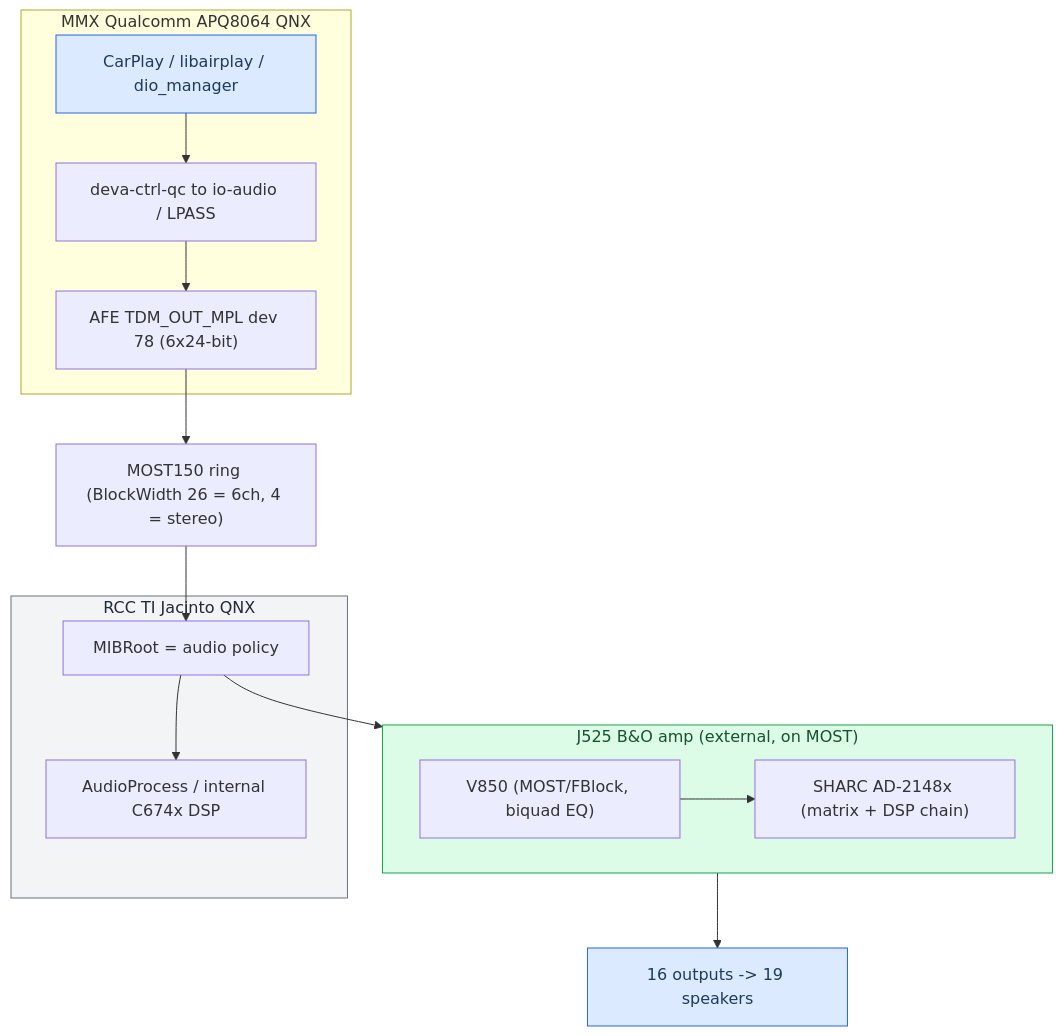
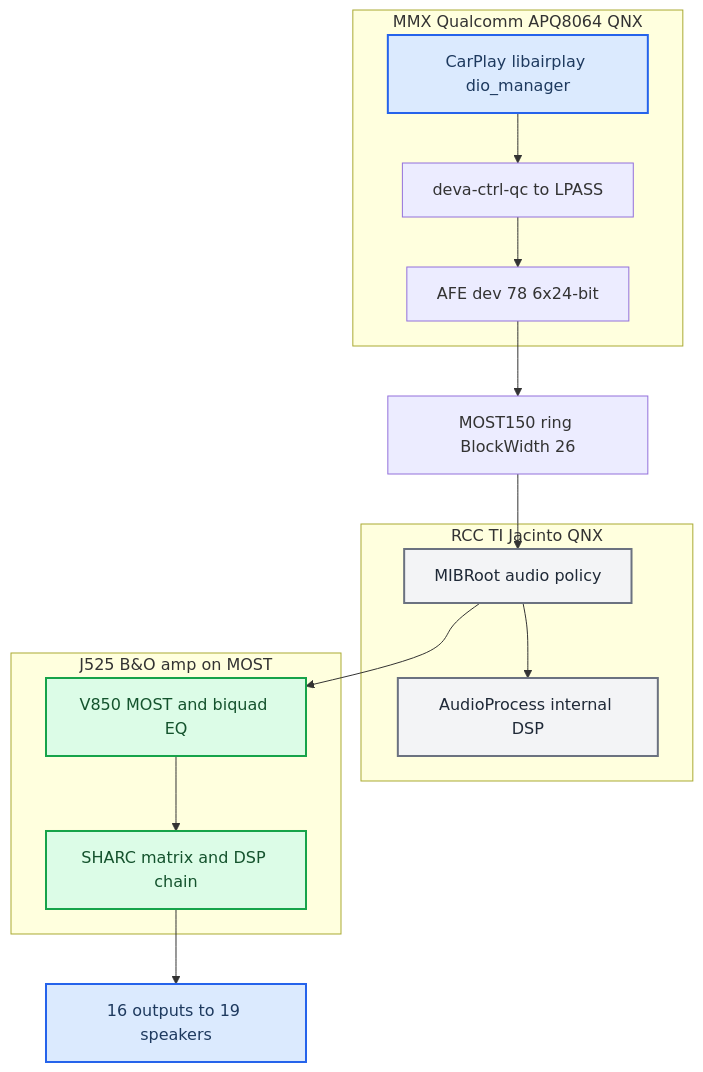
Before and after one commit to luka-dev/mib2q-carplay-rgi: the first of 2 diagrams in docs-obsidian/Audio/Virtual Cabin and Amp RE.md, drawn with Mermaid. The commit also changed other lines of this file and 43 other files, not shown here.

````diff
--- a/docs-obsidian/Audio/Virtual Cabin and Amp RE.md
+++ b/docs-obsidian/Audio/Virtual Cabin and Amp RE.md
@@ -19,31 +19,32 @@
 ```mermaid
 flowchart TB
   accTitle: Two-SoC topology and the amp
   accDescr: The Qualcomm MMX runs the CarPlay stack and feeds MOST through an INIC to the TI RCC audio policy owner and on to the external J525 B&O amp.
-  subgraph mmx["MMX Qualcomm APQ8064 QNX"]
-    cp["CarPlay / libairplay / dio_manager"]
-    deva["deva-ctrl-qc to io-audio / LPASS"]
-    afe["AFE TDM_OUT_MPL dev 78 (6x24-bit)"]
-    cp --> deva --> afe
+  subgraph mmx_soc["MMX Qualcomm APQ8064 QNX"]
+    carplay_stack["CarPlay libairplay dio_manager"]
+    deva_lpass["deva-ctrl-qc to LPASS"]
+    afe_dev78["AFE dev 78 6x24-bit"]
+    carplay_stack --> deva_lpass --> afe_dev78
   end
-  ring["MOST150 ring (BlockWidth 26 = 6ch, 4 = stereo)"]
-  subgraph rcc["RCC TI Jacinto QNX"]
-    mib["MIBRoot = audio policy"]
-    ap["AudioProcess / internal C674x DSP"]
-    mib --> ap
+  most_ring["MOST150 ring BlockWidth 26"]
+  subgraph rcc_soc["RCC TI Jacinto QNX"]
+    mibroot_policy["MIBRoot audio policy"]
+    audio_process["AudioProcess internal DSP"]
+    mibroot_policy --> audio_process
   end
-  subgraph amp["J525 B&O amp (external, on MOST)"]
-    v850["V850 (MOST/FBlock, biquad EQ)"]
-    sharc["SHARC AD-2148x (matrix + DSP chain)"]
-    v850 --> sharc
+  subgraph j525_amp["J525 B&O amp on MOST"]
+    v850_control["V850 MOST and biquad EQ"]
+    sharc_dsp["SHARC matrix and DSP chain"]
+    v850_control --> sharc_dsp
   end
-  spk["16 outputs -> 19 speakers"]
-  afe --> ring --> mib
-  mib --> amp --> spk
-  class cp,spk primary
-  class amp success
-  class rcc neutral
-  classDef primary fill:#dbeafe,stroke:#2563eb,color:#1e3a5f
-  classDef success fill:#dcfce7,stroke:#16a34a,color:#14532d
-  classDef neutral fill:#f3f4f6,stroke:#6b7280,color:#1f2937
+  speaker_outputs["16 outputs to 19 speakers"]
+  afe_dev78 --> most_ring --> mibroot_policy
+  mibroot_policy --> v850_control
+  sharc_dsp --> speaker_outputs
+  classDef primary fill:#dbeafe,stroke:#2563eb,stroke-width:2px,color:#1e3a5f
+  classDef success fill:#dcfce7,stroke:#16a34a,stroke-width:2px,color:#14532d
+  classDef neutral fill:#f3f4f6,stroke:#6b7280,stroke-width:2px,color:#1f2937
+  class carplay_stack,speaker_outputs primary
+  class v850_control,sharc_dsp success
+  class mibroot_policy,audio_process neutral
 ```
````
